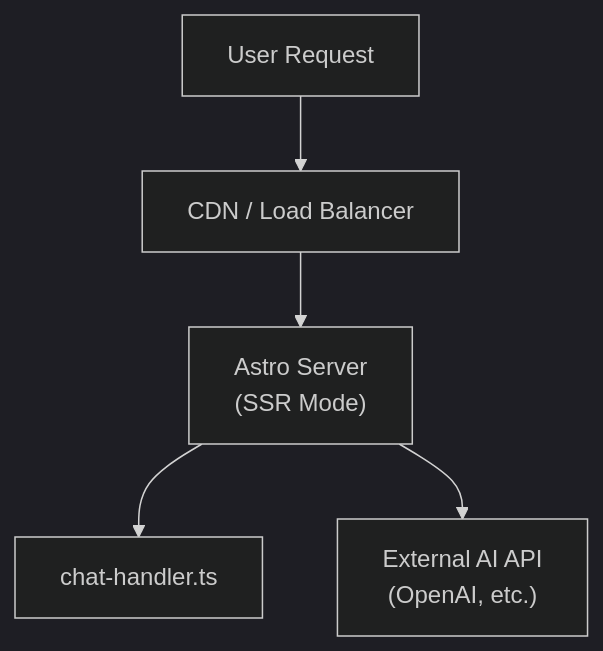
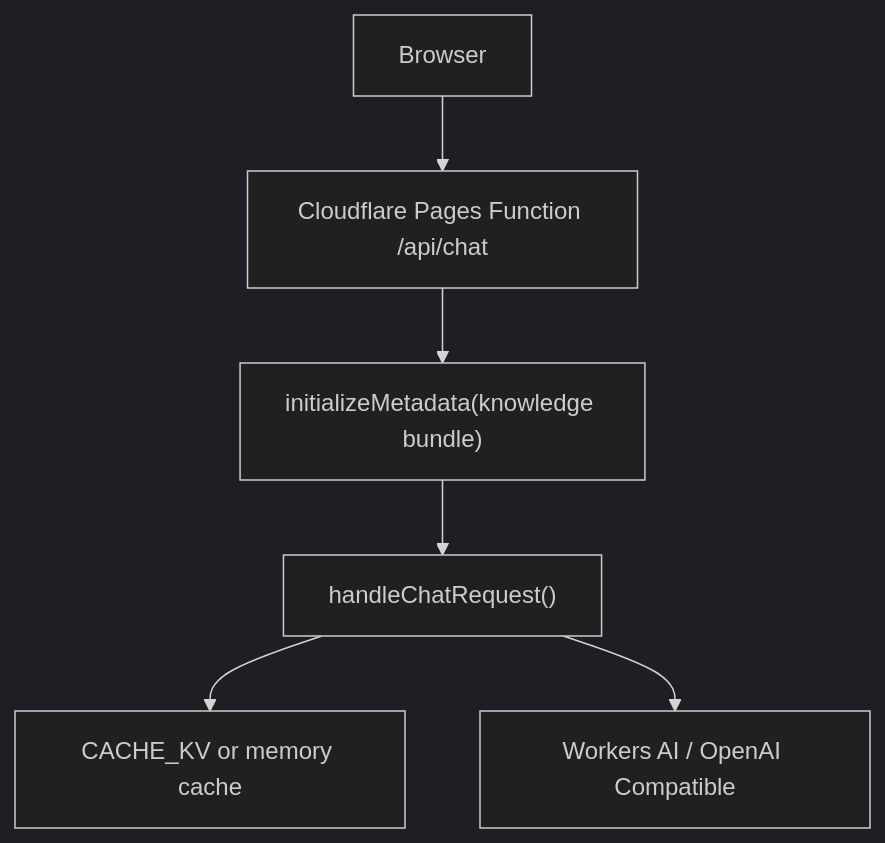
One commit to souloss/astro-minblog changed diagram 11 of 11 in apps/blog/src/data/blog/en/ai-module-architecture.md. Above: the diagram before and after it, drawn with Mermaid (dark theme). The commit also changed other lines of this file, not shown here.

First line of the commit message:
docs(blog): rewrite English AI architecture deep dive

````diff
--- a/apps/blog/src/data/blog/en/ai-module-architecture.md
+++ b/apps/blog/src/data/blog/en/ai-module-architecture.md
@@ -1116,7 +854,8 @@
 ```mermaid
 flowchart TB
-    A["User Request"] --> B["CDN / Load Balancer"]
-    B --> C["Astro Server<br/>(SSR Mode)"]
-    C --> D["chat-handler.ts"]
-    C --> E["External AI API<br/>(OpenAI, etc.)"]
+    A["Browser"] --> B["Cloudflare Pages Function /api/chat"]
+    B --> C["initializeMetadata(knowledge bundle)"]
+    C --> D["handleChatRequest()"]
+    D --> E["CACHE_KV or memory cache"]
+    D --> F["Workers AI / OpenAI Compatible"]
 ```
````
